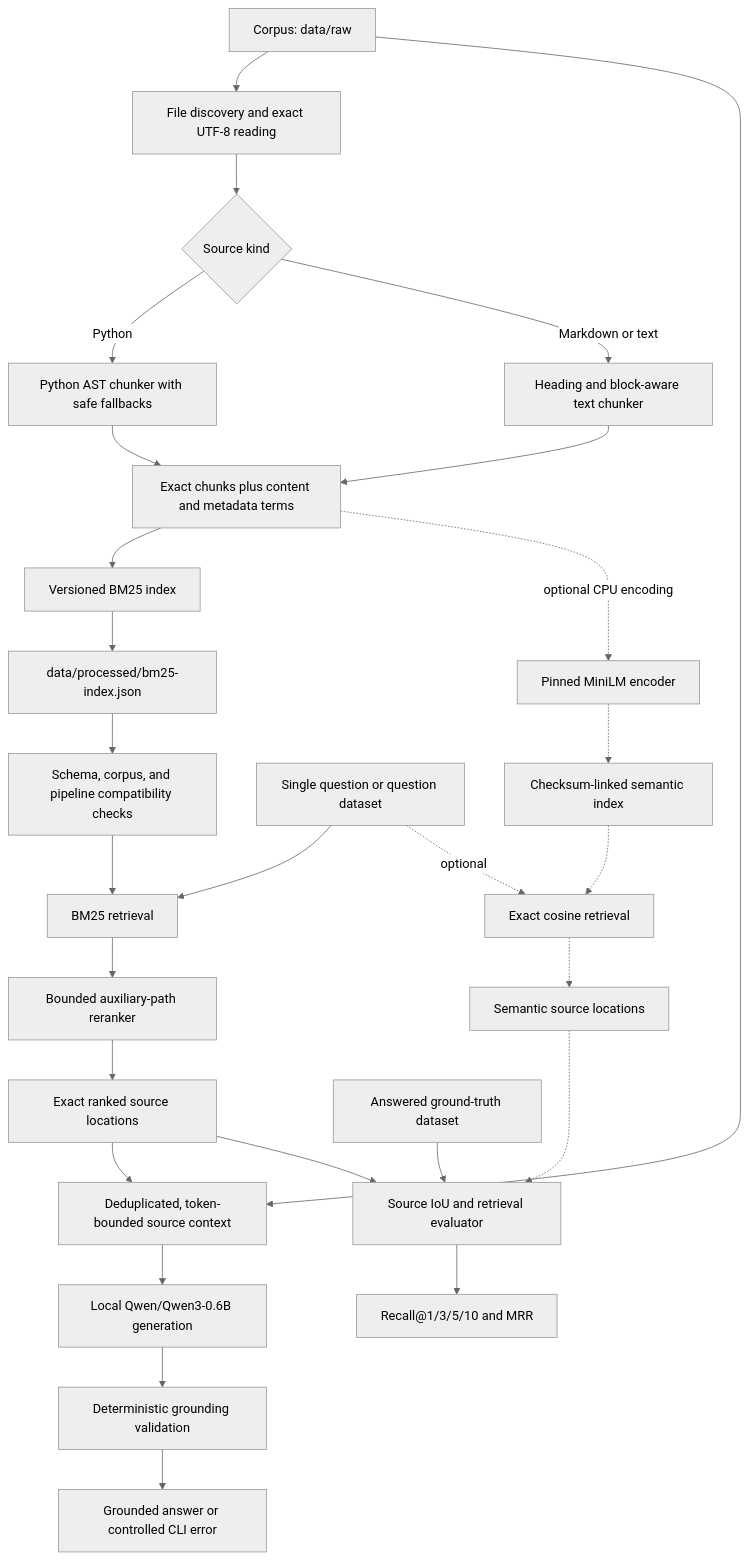
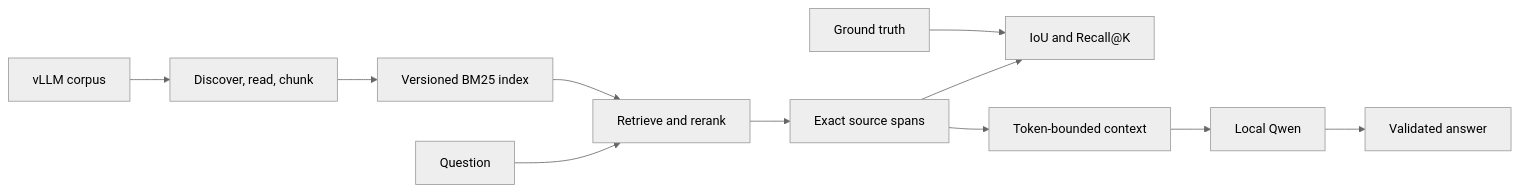
Before and after one commit to MariiaLagutina/RAG: the diagram in README.md, drawn with Mermaid (neutral theme). The commit also changed other lines of this file and 2 other files, not shown here.

Commit message:
docs: streamline architecture and evaluation setup

````diff
--- a/README.md
+++ b/README.md
@@ -217,33 +136,13 @@
 ```mermaid
-flowchart TD
-    Corpus["Corpus: data/raw"] --> Discovery["File discovery and exact UTF-8 reading"]
-    Discovery --> Chunkers{"Source kind"}
-    Chunkers -->|Python| PythonChunker["Python AST chunker with safe fallbacks"]
-    Chunkers -->|Markdown or text| TextChunker["Heading and block-aware text chunker"]
-    PythonChunker --> LexicalDocs["Exact chunks plus content and metadata terms"]
-    TextChunker --> LexicalDocs
-    LexicalDocs --> BM25Index["Versioned BM25 index"]
-    BM25Index --> IndexFile["data/processed/bm25-index.json"]
-    LexicalDocs -. optional CPU encoding .-> MiniLM["Pinned MiniLM encoder"]
-    MiniLM -.-> SemanticIndex["Checksum-linked semantic index"]
-
-    Question["Single question or question dataset"] --> Retrieval["BM25 retrieval"]
-    IndexFile --> Compatibility["Schema, corpus, and pipeline compatibility checks"]
-    Compatibility --> Retrieval
-    Retrieval --> Reranker["Bounded auxiliary-path reranker"]
-    Reranker --> SearchResults["Exact ranked source locations"]
-    Question -. optional .-> SemanticRetrieval["Exact cosine retrieval"]
-    SemanticIndex -.-> SemanticRetrieval
-    SemanticRetrieval -.-> SemanticSearchResults["Semantic source locations"]
-
-    SearchResults --> ContextBuilder["Deduplicated, token-bounded source context"]
-    Corpus --> ContextBuilder
-    ContextBuilder --> Qwen["Local Qwen/Qwen3-0.6B generation"]
-    Qwen --> Validator["Deterministic grounding validation"]
-    Validator --> Answer["Grounded answer or controlled CLI error"]
-
-    SearchResults --> RetrievalEvaluator["Source IoU and retrieval evaluator"]
-    SemanticSearchResults -.-> RetrievalEvaluator
-    GroundTruth["Answered ground-truth dataset"] --> RetrievalEvaluator
-    RetrievalEvaluator --> Metrics["Recall@1/3/5/10 and MRR"]
+flowchart LR
+    Corpus["vLLM corpus"] --> Ingest["Discover, read, chunk"]
+    Ingest --> Index["Versioned BM25 index"]
+    Question["Question"] --> Search["Retrieve and rerank"]
+    Index --> Search
+    Search --> Sources["Exact source spans"]
+    Sources --> Eval["IoU and Recall@K"]
+    Truth["Ground truth"] --> Eval
+    Sources --> Context["Token-bounded context"]
+    Context --> Qwen["Local Qwen"]
+    Qwen --> Answer["Validated answer"]
 ```
````
